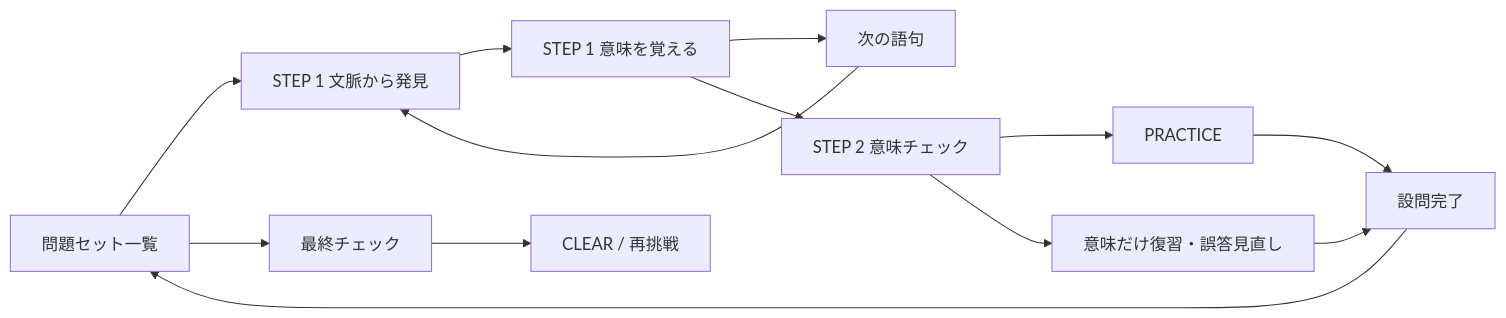
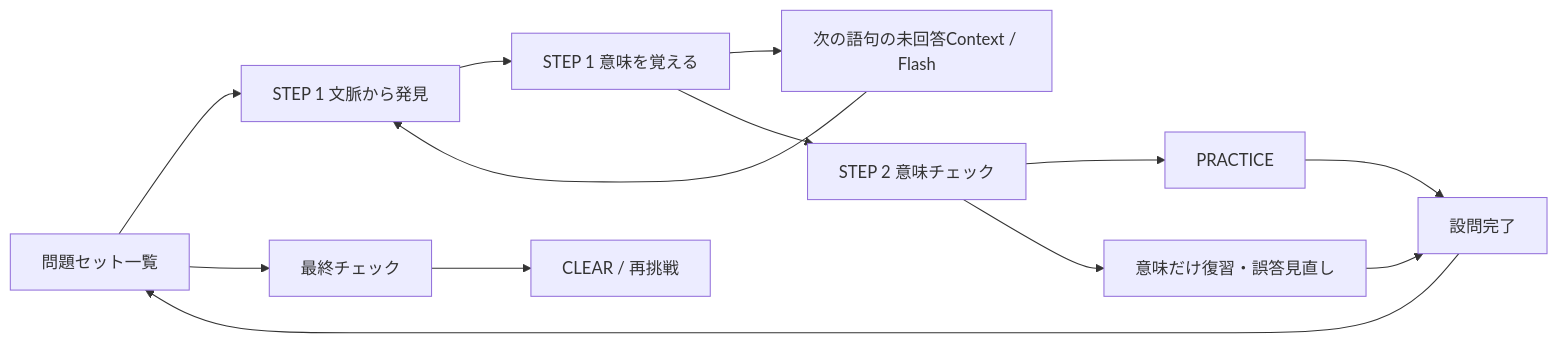
One commit to shtomi-tech/eiken-q1-practice changed the diagram in docs/STATE_TRANSITIONS.md. Above: the diagram before and after it, drawn with Mermaid. The commit also changed other lines of this file and 16 other files, not shown here.

````diff
--- a/docs/STATE_TRANSITIONS.md
+++ b/docs/STATE_TRANSITIONS.md
@@ -22,15 +22,15 @@
 ```mermaid
 flowchart LR
   HOME[問題セット一覧] --> DISCOVERY[STEP 1 文脈から発見]
   DISCOVERY --> FLASH[STEP 1 意味を覚える]
-  FLASH --> NEXT[次の語句]
+  FLASH --> NEXT[次の語句の未回答Context / Flash]
   NEXT --> DISCOVERY
   FLASH --> MEANING[STEP 2 意味チェック]
   MEANING --> PRACTICE
   MEANING --> MEANING_REVIEW[意味だけ復習・誤答見直し]
   MEANING_REVIEW --> DONE
   PRACTICE --> DONE[設問完了]
   DONE --> HOME
   HOME --> FINAL[最終チェック]
   FINAL --> CLEAR[CLEAR / 再挑戦]
 ```
````
